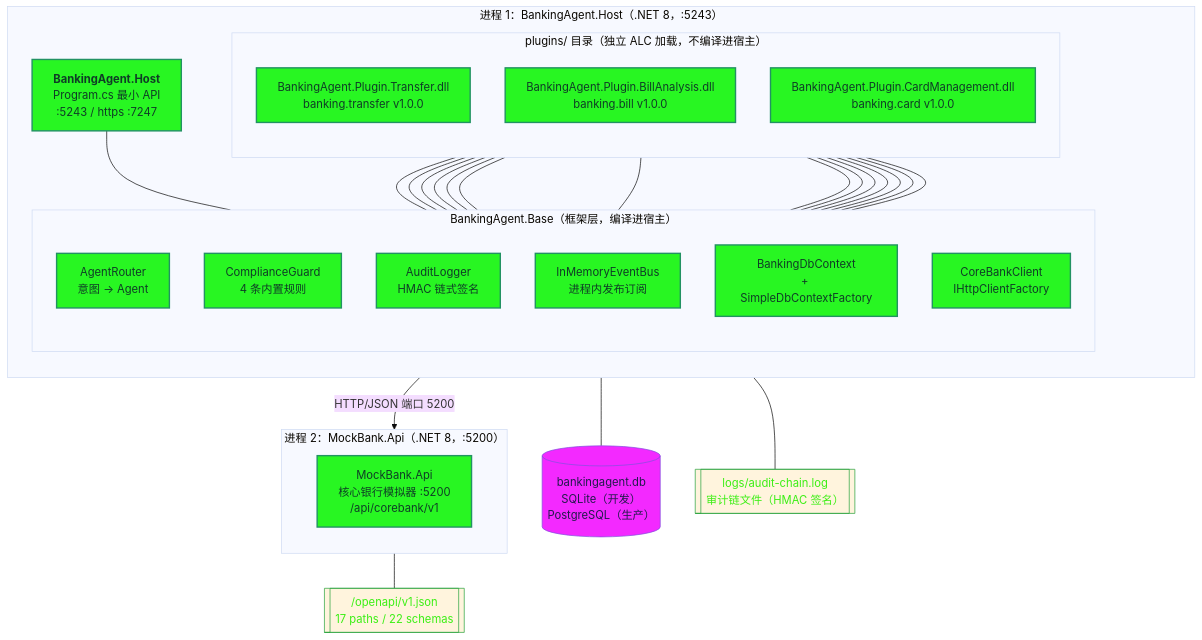
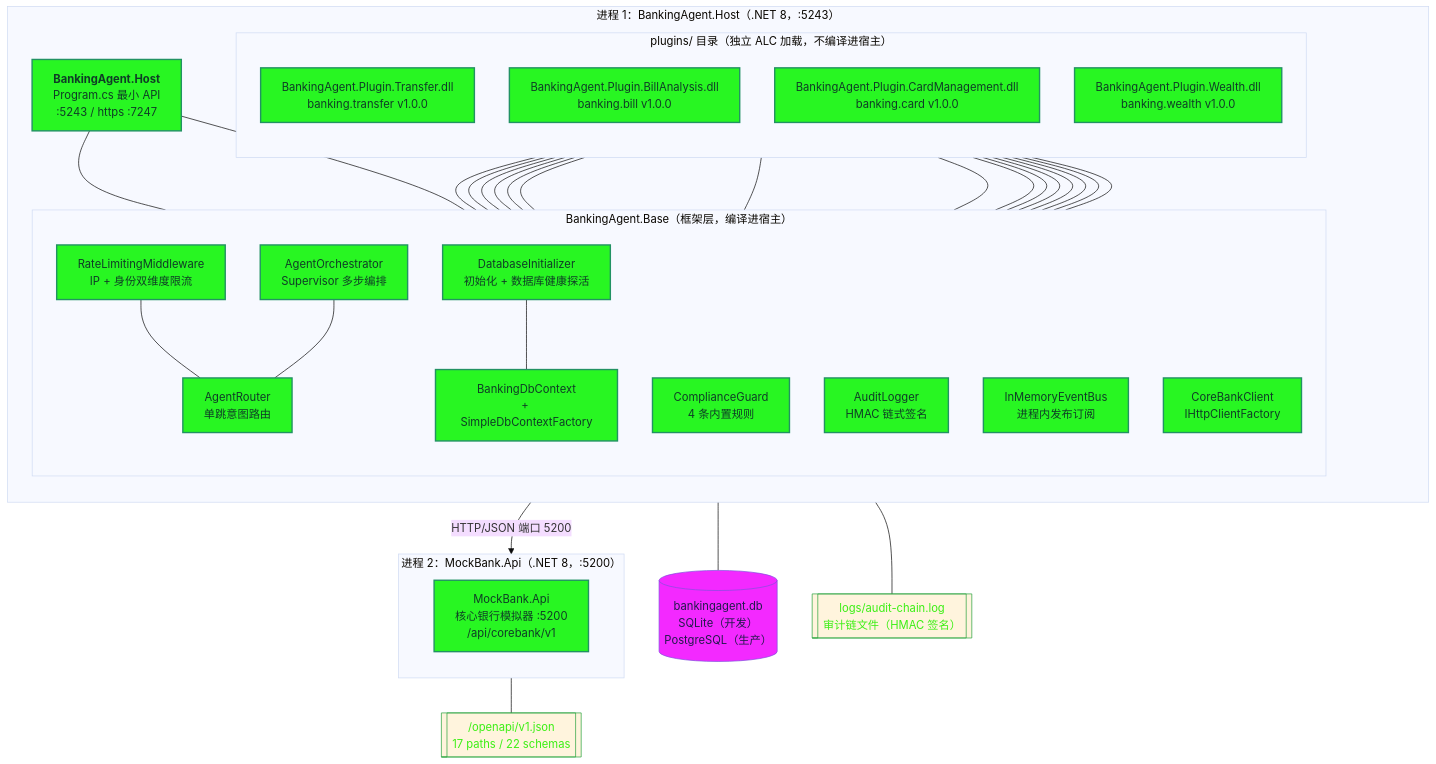
The second of 12 diagrams in docs/09-uml/01-uml-diagrams.md (seevwis43825/ATM), drawn with Mermaid (base theme) before and after one commit. The commit also changed other lines of this file and 10 other files, not shown here.

````diff
--- a/docs/09-uml/01-uml-diagrams.md
+++ b/docs/09-uml/01-uml-diagrams.md
@@ -120,56 +124,65 @@
 ```mermaid
 flowchart TB
     classDef proc fill:#28F622,stroke:#229263,stroke-width:2px,color:#0F3D26
     classDef data fill:#F329FF,stroke:#8250DF,stroke-width:1px,color:#221A4D
     classDef ext fill:##EAFEFF,stroke:#4A7DD6,stroke-width:1px,color:#12284D
     classDef fs fill:##FFF4E5,stroke:#28A33D,stroke-width:1px,color:#3BEF14
 
     subgraph P1["进程 1：BankingAgent.Host（.NET 8，:5243）"]
         direction TB
         HOST["<b>BankingAgent.Host</b><br/>Program.cs 最小 API<br/>:5243 / https :7247"]:::proc
         subgraph CORE["BankingAgent.Base（框架层，编译进宿主）"]
             direction TB
-            ROUTER["AgentRouter<br/>意图 → Agent"]:::proc
+            RATE["RateLimitingMiddleware<br/>IP + 身份双维度限流"]:::proc
+            ROUTER["AgentRouter<br/>单跳意图路由"]:::proc
+            ORCH["AgentOrchestrator<br/>Supervisor 多步编排"]:::proc
             GUARD["ComplianceGuard<br/>4 条内置规则"]:::proc
             AUDIT["AuditLogger<br/>HMAC 链式签名"]:::proc
             BUS["InMemoryEventBus<br/>进程内发布订阅"]:::proc
             DBC["BankingDbContext<br/>+ SimpleDbContextFactory"]:::proc
+            DBINIT["DatabaseInitializer<br/>初始化 + 数据库健康探活"]:::proc
             CBB["CoreBankClient<br/>IHttpClientFactory"]:::proc
         end
         subgraph PLUGDIR["plugins/ 目录（独立 ALC 加载，不编译进宿主）"]
             direction TB
             P_TR["BankingAgent.Plugin.Transfer.dll<br/>banking.transfer v1.0.0"]:::proc
             P_BL["BankingAgent.Plugin.BillAnalysis.dll<br/>banking.bill v1.0.0"]:::proc
             P_CD["BankingAgent.Plugin.CardManagement.dll<br/>banking.card v1.0.0"]:::proc
+            P_WL["BankingAgent.Plugin.Wealth.dll<br/>banking.wealth v1.0.0"]:::proc
         end
     end
 
     subgraph PE["进程 2：MockBank.Api（.NET 8，:5200）"]
         direction TB
         MOCK["MockBank.Api<br/>核心银行模拟器 :5200<br/>/api/corebank/v1"]:::proc
     end
 
     DB[("bankingagent.db<br/>SQLite（开发）<br/>PostgreSQL（生产）")]:::data
     LOGS[["logs/audit-chain.log<br/>审计链文件（HMAC 签名）"]]:::fs
     OPENAPI[["/openapi/v1.json<br/>17 paths / 22 schemas"]]:::fs
 
-    HOST --- ROUTER
+    HOST --- RATE
+    RATE --- ROUTER
+    HOST --- ORCH
     ROUTER --- P_TR
     ROUTER --- P_BL
     ROUTER --- P_CD
+    ROUTER --- P_WL
+    ORCH --- ROUTER
     P_TR --- GUARD
     P_TR --- CBB
     P_CD --- GUARD
     P_CD --- CBB
     P_BL --- CBB
     P_TR --- DBC
     P_TR --- BUS
     P_BL --- BUS
     P_TR --- AUDIT
     P_BL --- AUDIT
     P_CD --- AUDIT
+    DBINIT --- DBC
     DBC --- DB
     AUDIT --- LOGS
     CBB -->|"HTTP/JSON 端口 5200"| MOCK
     MOCK --- OPENAPI
 ```
````
